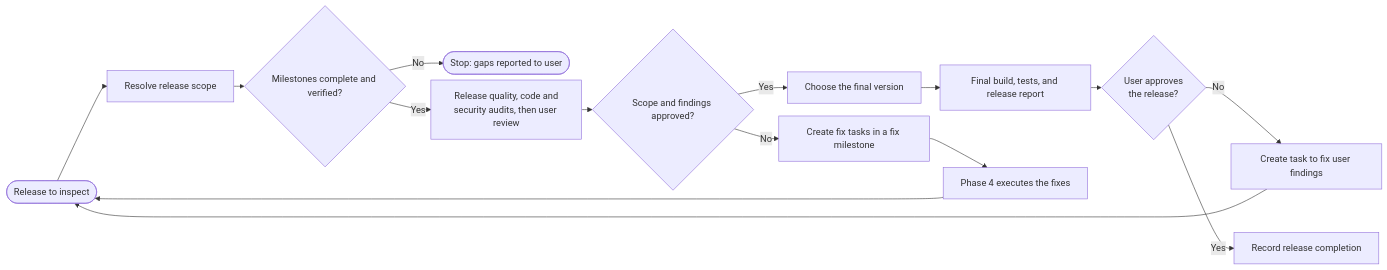
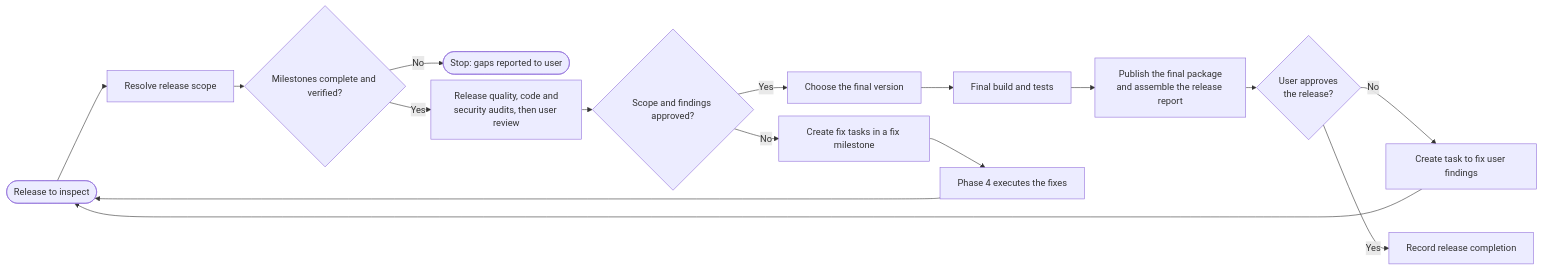
One commit to lyndametref/opencode-dev-workflow changed the diagram in workflows/orchestrator/6-Release.md. Above: the diagram before and after it, drawn with Mermaid. The commit also changed other lines of this file and 24 other files, not shown here.

````diff
--- a/workflows/orchestrator/6-Release.md
+++ b/workflows/orchestrator/6-Release.md
@@ -29,18 +29,19 @@
 ```mermaid
 %%{init: {"flowchart": {"nodeSpacing": 10, "rankSpacing": 18}}}%%
 flowchart LR
     IN([Release to inspect]) --> SCOPE["Resolve release scope"]
     SCOPE --> COMPLETE{"Milestones complete and verified?"}
     COMPLETE -->|"No"| STOP(["Stop: gaps reported to user"])
     COMPLETE -->|"Yes"| SEC["Release quality, code and<br/>security audits, then user review"]
     SEC --> OK{"Scope and findings approved?"}
     OK -->|"No"| FIX["Create fix tasks in a fix milestone"]
     OK -->|"Yes"| VERSION["Choose the final version"]
-    VERSION --> BUILD["Final build, tests, and release report"]
+    VERSION --> BUILD["Final build and tests"]
     FIX --> IMPL["Phase 4 executes the fixes"]
     IMPL --> IN
-    BUILD --> APPROVE{"User approves<br/>the release?"}
+    BUILD --> PKG["Publish the final package<br/>and assemble the release report"]
+    PKG --> APPROVE{"User approves<br/>the release?"}
     APPROVE -->|"No"| RETURN["Create task to fix user findings"]
     RETURN --> IN
     APPROVE -->|"Yes"| CLOSE["Record release completion"]
 ```
````
